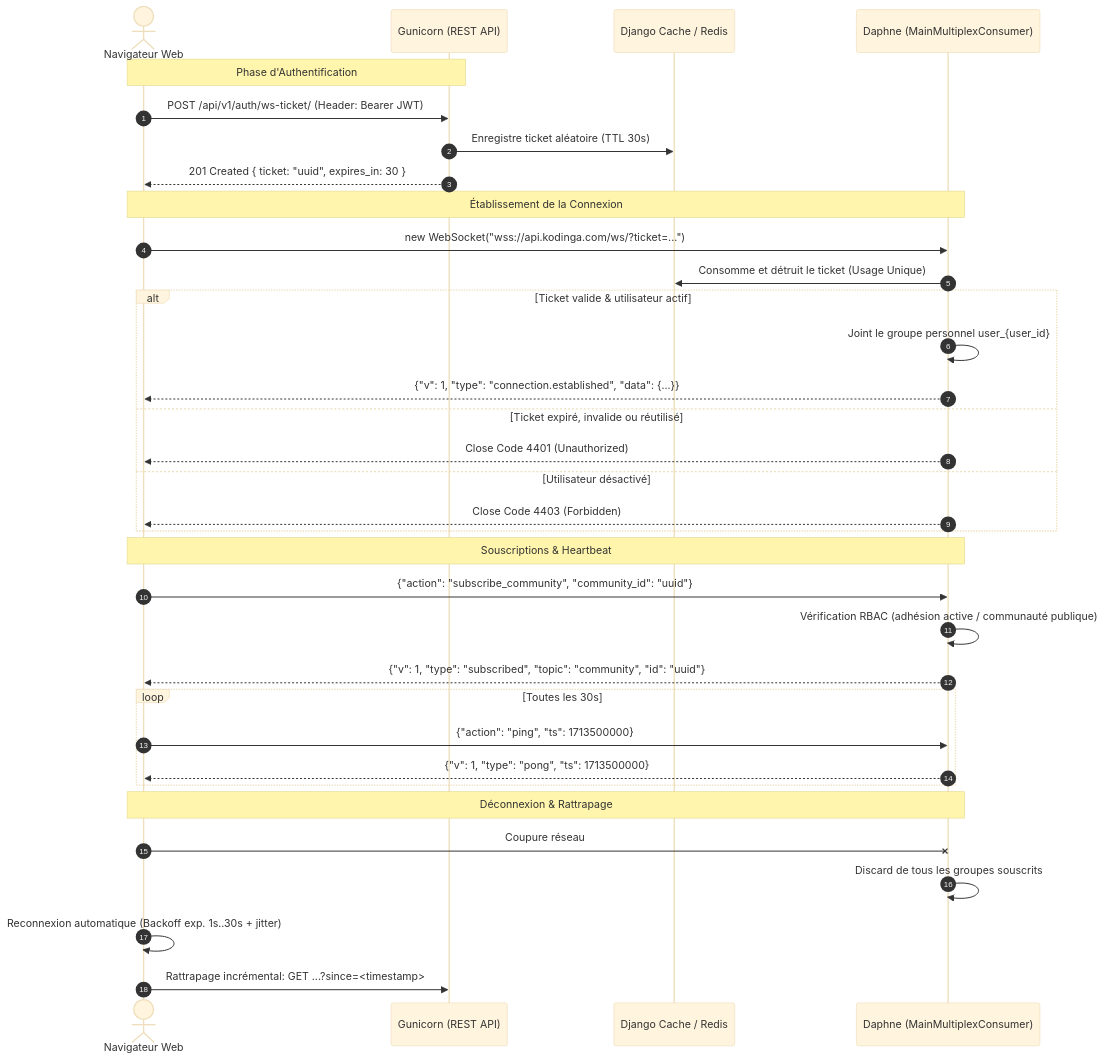
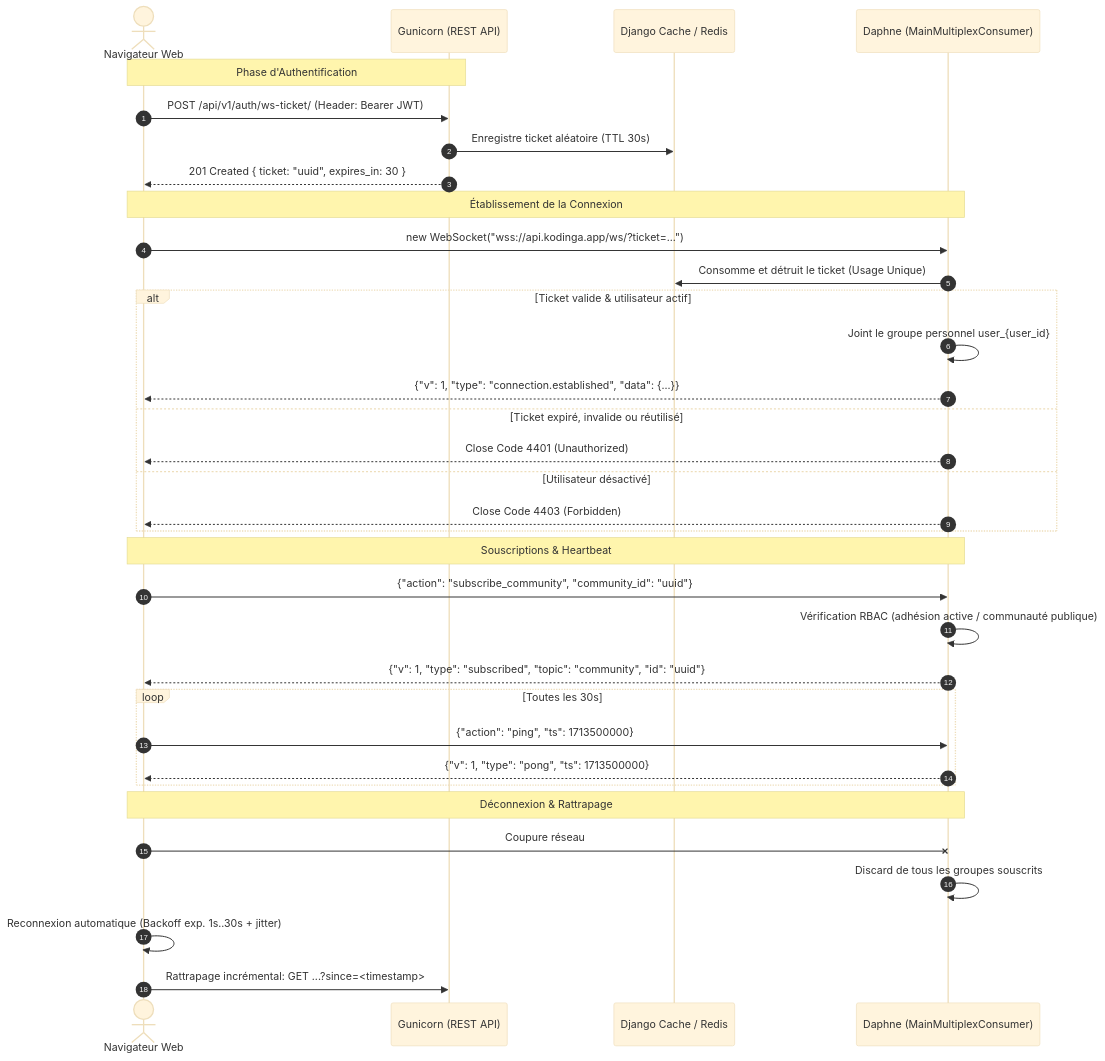
The diagram in docs/realtime.md (chopmeet/kodinga-mono-repo), drawn with Mermaid (base theme) before and after one commit. The commit also changed other lines of this file and 13 other files, not shown here.

````diff
--- a/docs/realtime.md
+++ b/docs/realtime.md
@@ -58,41 +58,41 @@
 ```mermaid
 sequenceDiagram
     autonumber
     actor Client as Navigateur Web
     participant REST as Gunicorn (REST API)
     participant Cache as Django Cache / Redis
     participant WS as Daphne (MainMultiplexConsumer)
 
     Note over Client, REST: Phase d'Authentification
     Client->>REST: POST /api/v1/auth/ws-ticket/ (Header: Bearer JWT)
     REST->>Cache: Enregistre ticket aléatoire (TTL 30s)
     REST-->>Client: 201 Created { ticket: "uuid", expires_in: 30 }
 
     Note over Client, WS: Établissement de la Connexion
-    Client->>WS: new WebSocket("wss://api.kodinga.com/ws/?ticket=...")
+    Client->>WS: new WebSocket("wss://api.kodinga.app/ws/?ticket=...")
     WS->>Cache: Consomme et détruit le ticket (Usage Unique)
     alt Ticket valide & utilisateur actif
         WS->>WS: Joint le groupe personnel user_{user_id}
         WS-->>Client: {"v": 1, "type": "connection.established", "data": {...}}
     else Ticket expiré, invalide ou réutilisé
         WS-->>Client: Close Code 4401 (Unauthorized)
     else Utilisateur désactivé
         WS-->>Client: Close Code 4403 (Forbidden)
     end
 
     Note over Client, WS: Souscriptions & Heartbeat
     Client->>WS: {"action": "subscribe_community", "community_id": "uuid"}
     WS->>WS: Vérification RBAC (adhésion active / communauté publique)
     WS-->>Client: {"v": 1, "type": "subscribed", "topic": "community", "id": "uuid"}
 
     loop Toutes les 30s
         Client->>WS: {"action": "ping", "ts": 1713500000}
         WS-->>Client: {"v": 1, "type": "pong", "ts": 1713500000}
     end
 
     Note over Client, WS: Déconnexion & Rattrapage
     Client-xWS: Coupure réseau
     WS->>WS: Discard de tous les groupes souscrits
     Client->>Client: Reconnexion automatique (Backoff exp. 1s..30s + jitter)
     Client->>REST: Rattrapage incrémental: GET ...?since=<timestamp>
 ```
````
